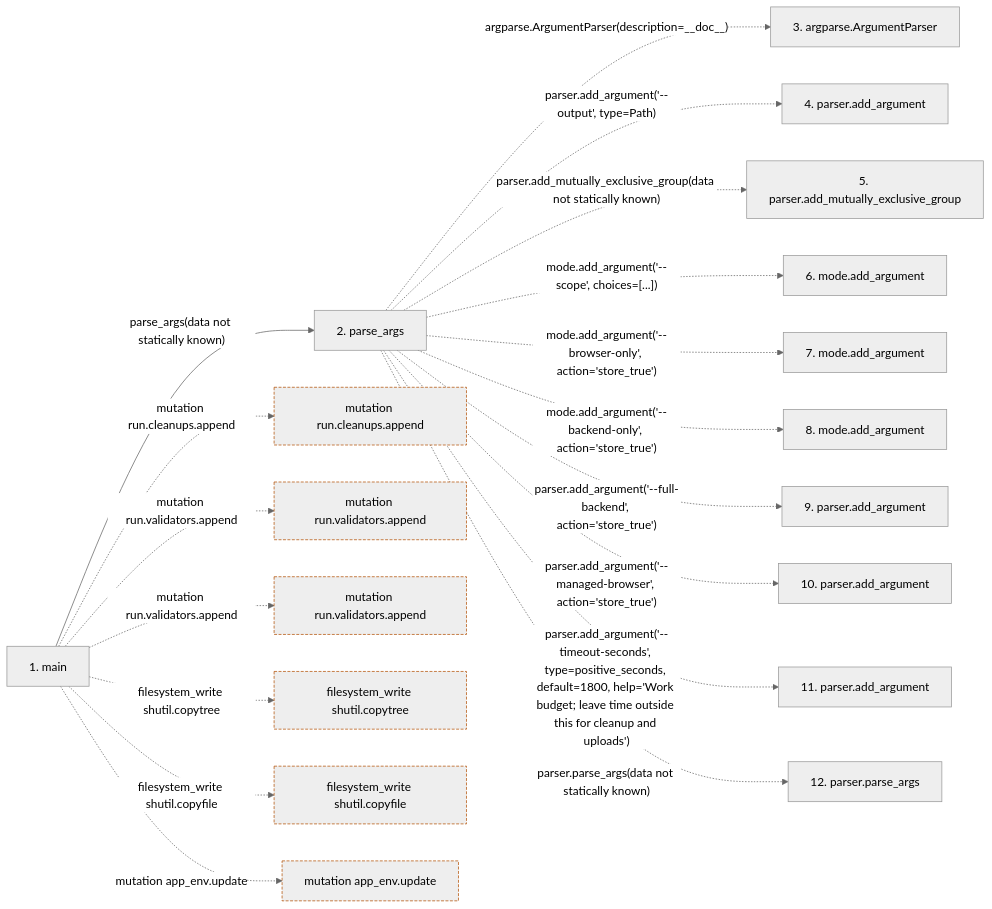
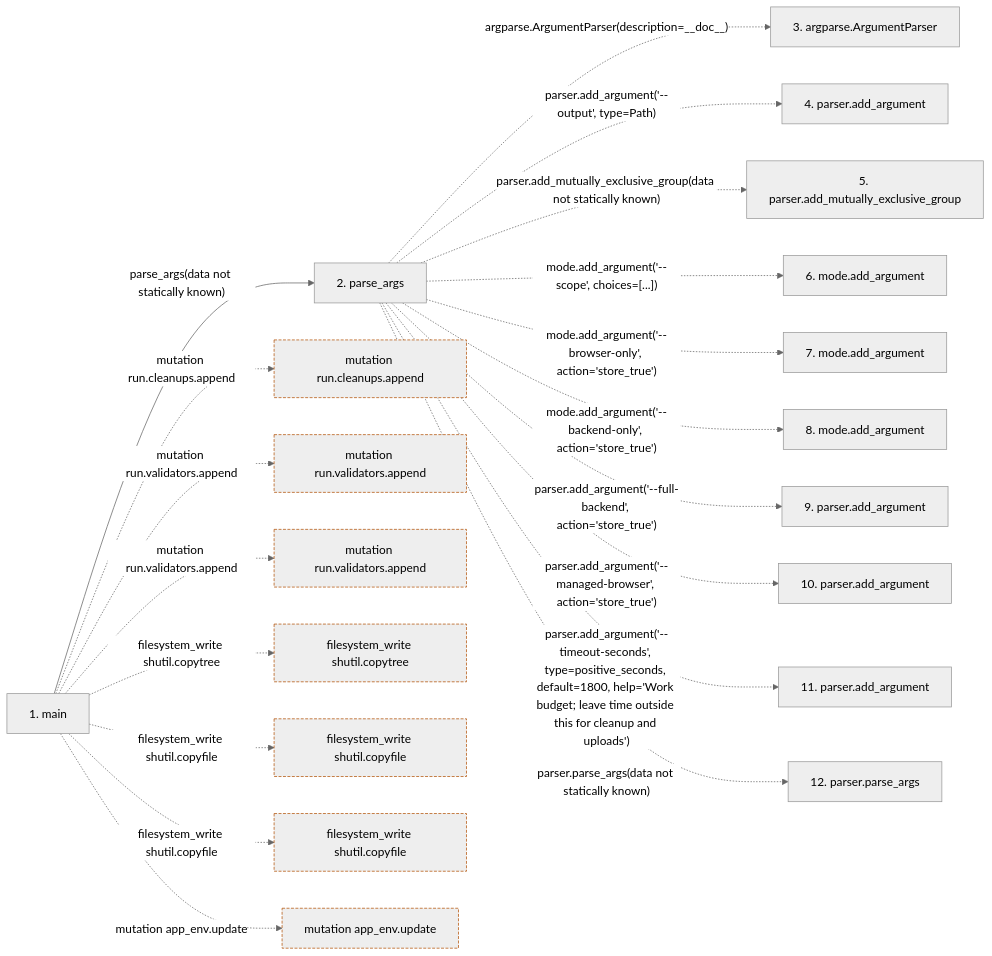
Before and after one commit to Denissvgn/WorkChord: the second of 2 diagrams in docs/llm_wiki/flows/process-run_disposable_checks.md, drawn with Mermaid (neutral theme). The commit also changed other lines of this file and 189 other files, not shown here.

````diff
--- a/docs/llm_wiki/flows/process-run_disposable_checks.md
+++ b/docs/llm_wiki/flows/process-run_disposable_checks.md
@@ -74,47 +74,50 @@
 ```mermaid
 flowchart LR
     s1["1. main"]
     s2["2. parse_args"]
     s3["3. argparse.ArgumentParser"]
     s4["4. parser.add_argument"]
     s5["5. parser.add_mutually_exclusive_group"]
     s6["6. mode.add_argument"]
     s7["7. mode.add_argument"]
     s8["8. mode.add_argument"]
     s9["9. parser.add_argument"]
     s10["10. parser.add_argument"]
     s11["11. parser.add_argument"]
     s12["12. parser.parse_args"]
     s1 -->|"parse_args(data not statically known)"| s2
     s2 -. "argparse.ArgumentParser(description=__doc__)" .-> s3
     s2 -. "parser.add_argument('--output', type=Path)" .-> s4
     s2 -. "parser.add_mutually_exclusive_group(data not statically known)" .-> s5
     s2 -. "mode.add_argument('--scope', choices=[...])" .-> s6
     s2 -. "mode.add_argument('--browser-only', action='store_true')" .-> s7
     s2 -. "mode.add_argument('--backend-only', action='store_true')" .-> s8
     s2 -. "parser.add_argument('--full-backend', action='store_true')" .-> s9
     s2 -. "parser.add_argument('--managed-browser', action='store_true')" .-> s10
     s2 -. "parser.add_argument('--timeout-seconds', type=positive_seconds, default=1800, help='Work budget; leave time outside this for cleanup and uploads')" .-> s11
     s2 -. "parser.parse_args(data not statically known)" .-> s12
     b0["mutation run.cleanups.append"]
     s1 -. "mutation run.cleanups.append" .-> b0
     b1["mutation run.validators.append"]
     s1 -. "mutation run.validators.append" .-> b1
     b2["mutation run.validators.append"]
     s1 -. "mutation run.validators.append" .-> b2
     b3["filesystem_write shutil.copytree"]
     s1 -. "filesystem_write shutil.copytree" .-> b3
     b4["filesystem_write shutil.copyfile"]
     s1 -. "filesystem_write shutil.copyfile" .-> b4
-    b5["mutation app_env.update"]
-    s1 -. "mutation app_env.update" .-> b5
+    b5["filesystem_write shutil.copyfile"]
+    s1 -. "filesystem_write shutil.copyfile" .-> b5
+    b6["mutation app_env.update"]
+    s1 -. "mutation app_env.update" .-> b6
     click s1 "../modules/run_disposable_checks.md"
     click s2 "../modules/run_disposable_checks.md"
     classDef boundary stroke:#b45309,stroke-dasharray: 4 2
     class b0 boundary
     class b1 boundary
     class b2 boundary
     class b3 boundary
     class b4 boundary
     class b5 boundary
+    class b6 boundary
 ```
````
